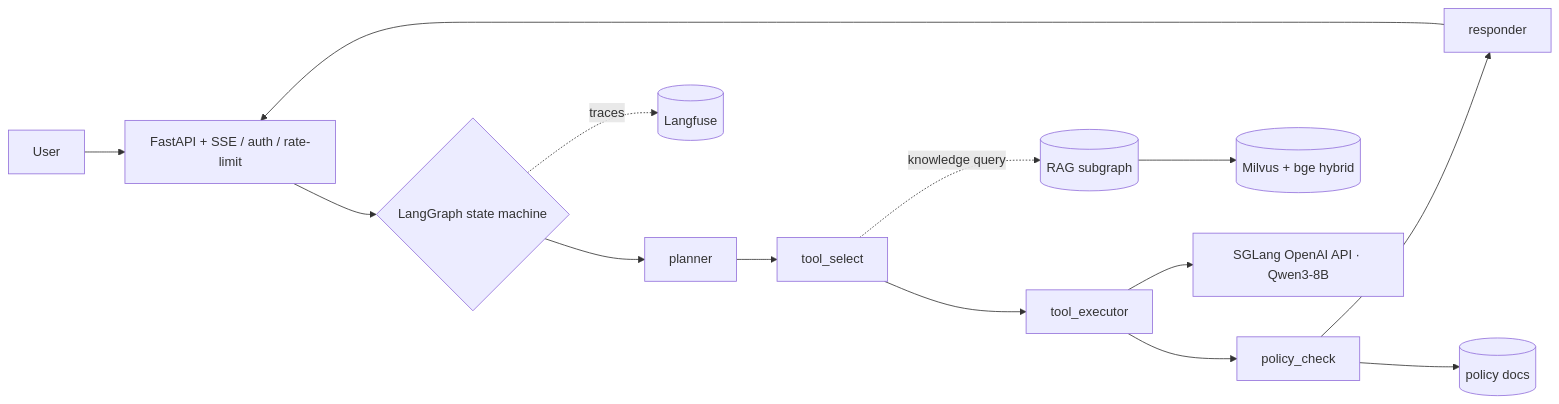
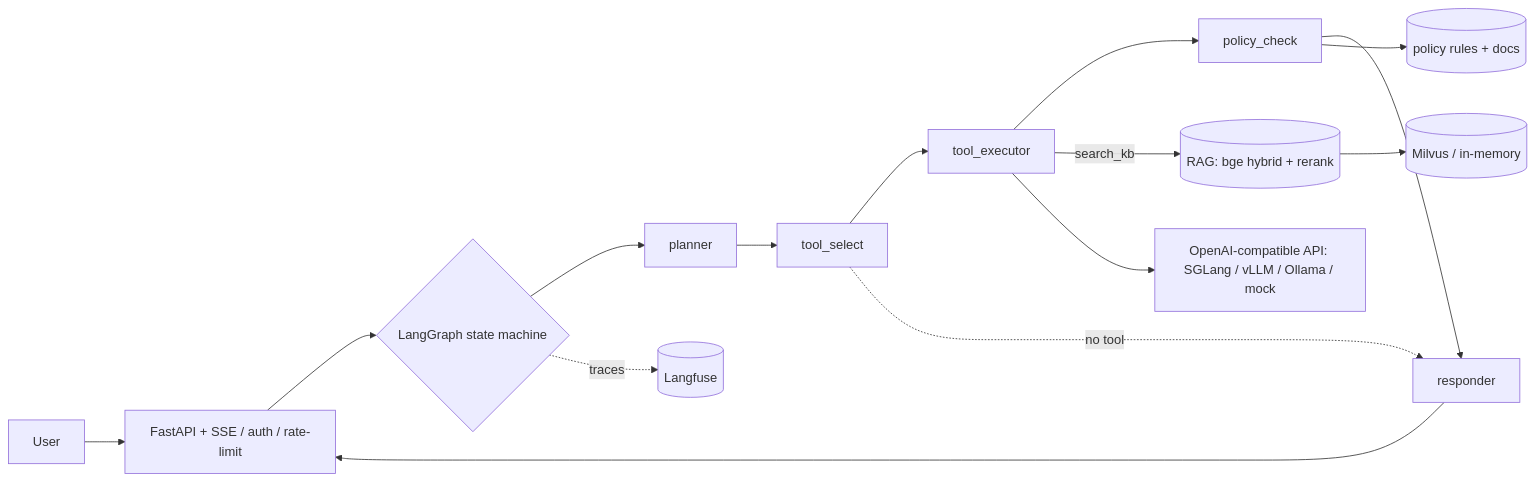
One commit to IntheFesh/project1 changed the diagram in README.md. Above: the diagram before and after it, drawn with Mermaid. The commit also changed other lines of this file, not shown here.

````diff
--- a/README.md
+++ b/README.md
@@ -27,12 +30,13 @@
 ```mermaid
 flowchart LR
   U[User] --> API[FastAPI + SSE / auth / rate-limit]
   API --> G{LangGraph state machine}
   G --> P[planner] --> TS[tool_select] --> TE[tool_executor] --> PC[policy_check] --> R[responder]
-  TS -. knowledge query .-> RAG[(RAG subgraph)]
-  RAG --> MV[(Milvus + bge hybrid)]
-  TE --> LLM[SGLang OpenAI API · Qwen3-8B]
-  PC --> POL[(policy docs)]
+  TS -. no tool .-> R
+  TE -- search_kb --> RAG[(RAG: bge hybrid + rerank)]
+  RAG --> MV[(Milvus / in-memory)]
+  TE --> LLM[OpenAI-compatible API: SGLang / vLLM / Ollama / mock]
+  PC --> POL[(policy rules + docs)]
   R --> API
   G -. traces .-> LF[(Langfuse)]
 ```
````
